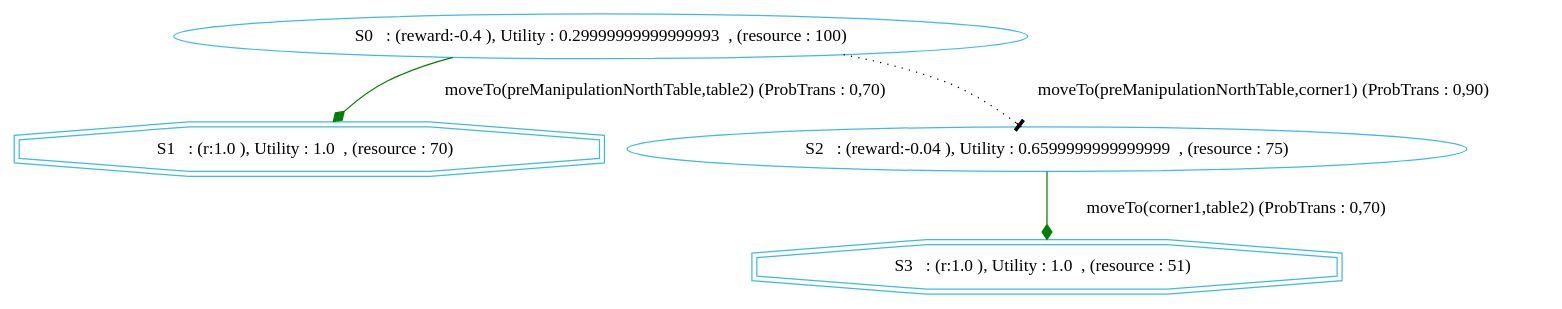
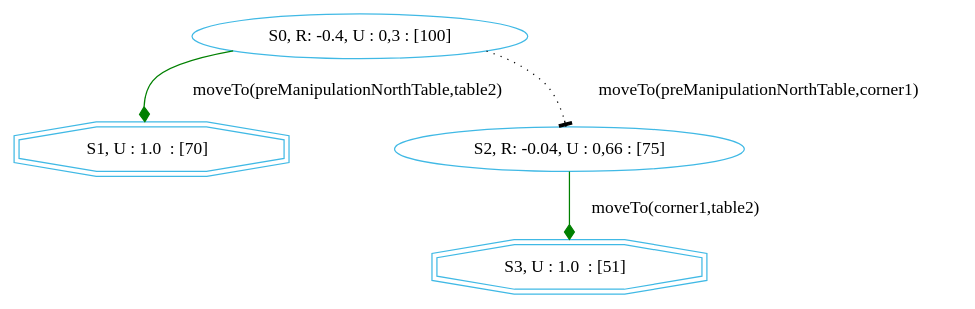
Before and after one commit to htiraHatem/CHIMP_MDP: the diagram in chimp/src/main/java/examples/MDP/RACE/test_SpatialFluent_m_moveTo0.dot, drawn with Graphviz. The commit also changed 20 other files, not shown here.

```diff
--- a/chimp/src/main/java/examples/MDP/RACE/test_SpatialFluent_m_moveTo0.dot
+++ b/chimp/src/main/java/examples/MDP/RACE/test_SpatialFluent_m_moveTo0.dot
@@ -1,9 +1,9 @@
 digraph {
   node [color="#40b9e5" ]
  size="60,17";
-"1" [label=" S1   : (r:1.0 ), Utility : 1.0  , (resource : 70)  " shape=doubleoctagon];
-"3" [label=" S3   : (r:1.0 ), Utility : 1.0  , (resource : 51)  " shape=doubleoctagon];
-"0" [label=" S0   : (reward:-0.4 ), Utility : 0.29999999999999993  , (resource : 100) "]"2" [label=" S2   : (reward:-0.04 ), Utility : 0.6599999999999999  , (resource : 75) "]"0" -> "1" [ label="moveTo(preManipulationNorthTable,table2) (ProbTrans : 0,70)"
-, arrowhead = diamond , color=green];"0" -> "2" [ label="moveTo(preManipulationNorthTable,corner1) (ProbTrans : 0,90)"
-,style=dotted, arrowhead=tee];"2" -> "3" [ label="moveTo(corner1,table2) (ProbTrans : 0,70)"
+"1" [label=" S1, U : 1.0  : [70]  " shape=doubleoctagon];
+"3" [label=" S3, U : 1.0  : [51]  " shape=doubleoctagon];
+"0" [label=" S0, R: -0.4, U : 0,3 : [100] "]"2" [label=" S2, R: -0.04, U : 0,66 : [75] "]"0" -> "1" [ label="moveTo(preManipulationNorthTable,table2)"
+, arrowhead = diamond , color=green];"0" -> "2" [ label="moveTo(preManipulationNorthTable,corner1)"
+,style=dotted, arrowhead=tee];"2" -> "3" [ label="moveTo(corner1,table2)"
 , arrowhead = diamond , color=green];}
```
